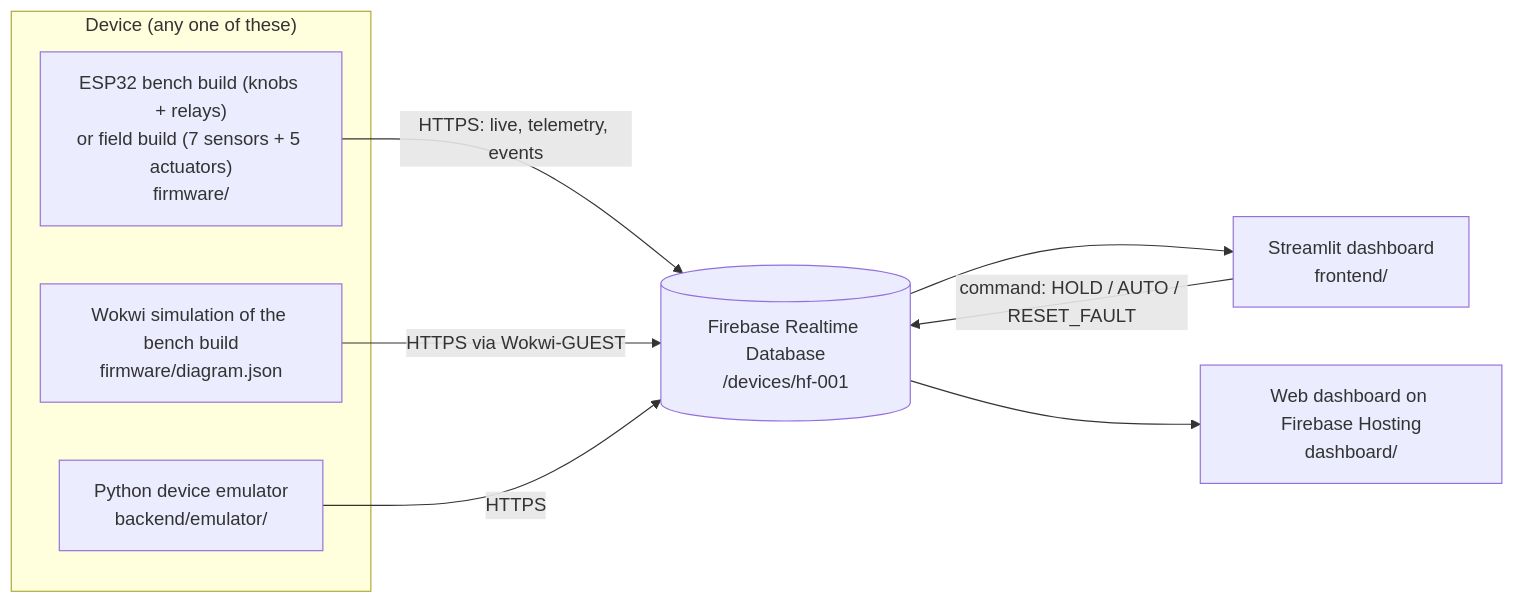
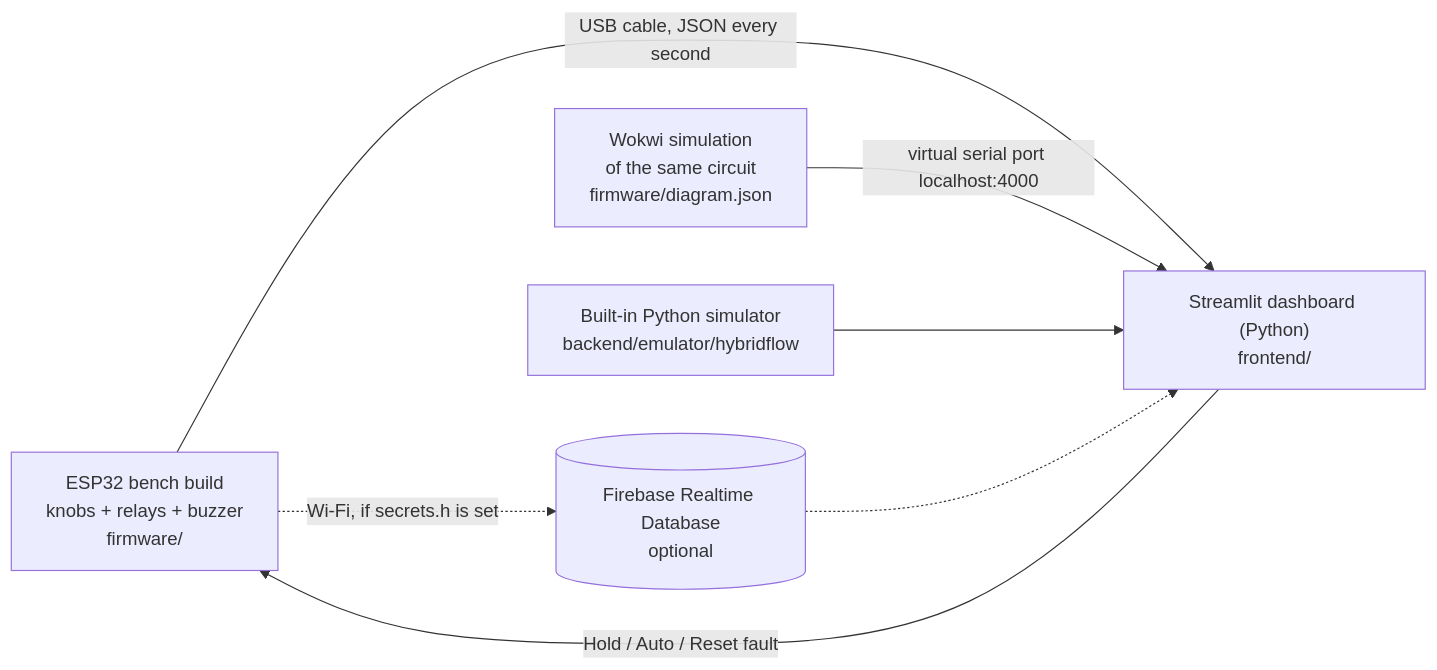
Before and after one commit to sangeet0107-hash/hybrid-flow-: the diagram in README.md, drawn with Mermaid. The commit also changed other lines of this file and 27 other files, not shown here.

First line of the commit message:
Demo-ready: dashboard reads the ESP32 over USB and Wokwi, Streamlit-only frontend

````diff
--- a/README.md
+++ b/README.md
@@ -7,17 +7,14 @@
 ```mermaid
 flowchart LR
-  subgraph Device["Device (any one of these)"]
-    ESP["ESP32 bench build (knobs + relays)<br/>or field build (7 sensors + 5 actuators)<br/>firmware/"]
-    WOK["Wokwi simulation of the bench build<br/>firmware/diagram.json"]
-    EMU["Python device emulator<br/>backend/emulator/"]
-  end
-  FB[("Firebase Realtime Database<br/>/devices/hf-001")]
-  ST["Streamlit dashboard<br/>frontend/"]
-  WEB["Web dashboard on Firebase Hosting<br/>dashboard/"]
-  ESP -- "HTTPS: live, telemetry, events" --> FB
-  WOK -- "HTTPS via Wokwi-GUEST" --> FB
-  EMU -- HTTPS --> FB
-  FB --> ST
-  FB --> WEB
-  ST -- "command: HOLD / AUTO / RESET_FAULT" --> FB
+  ESP["ESP32 bench build<br/>knobs + relays + buzzer<br/>firmware/"]
+  WOK["Wokwi simulation<br/>of the same circuit<br/>firmware/diagram.json"]
+  SIM["Built-in Python simulator<br/>backend/emulator/hybridflow"]
+  FB[("Firebase Realtime Database<br/>optional")]
+  ST["Streamlit dashboard (Python)<br/>frontend/"]
+  ESP -- "USB cable, JSON every second" --> ST
+  WOK -- "virtual serial port localhost:4000" --> ST
+  SIM --> ST
+  ESP -. "Wi-Fi, if secrets.h is set" .-> FB
+  FB -.-> ST
+  ST -- "Hold / Auto / Reset fault" --> ESP
 ```
````
